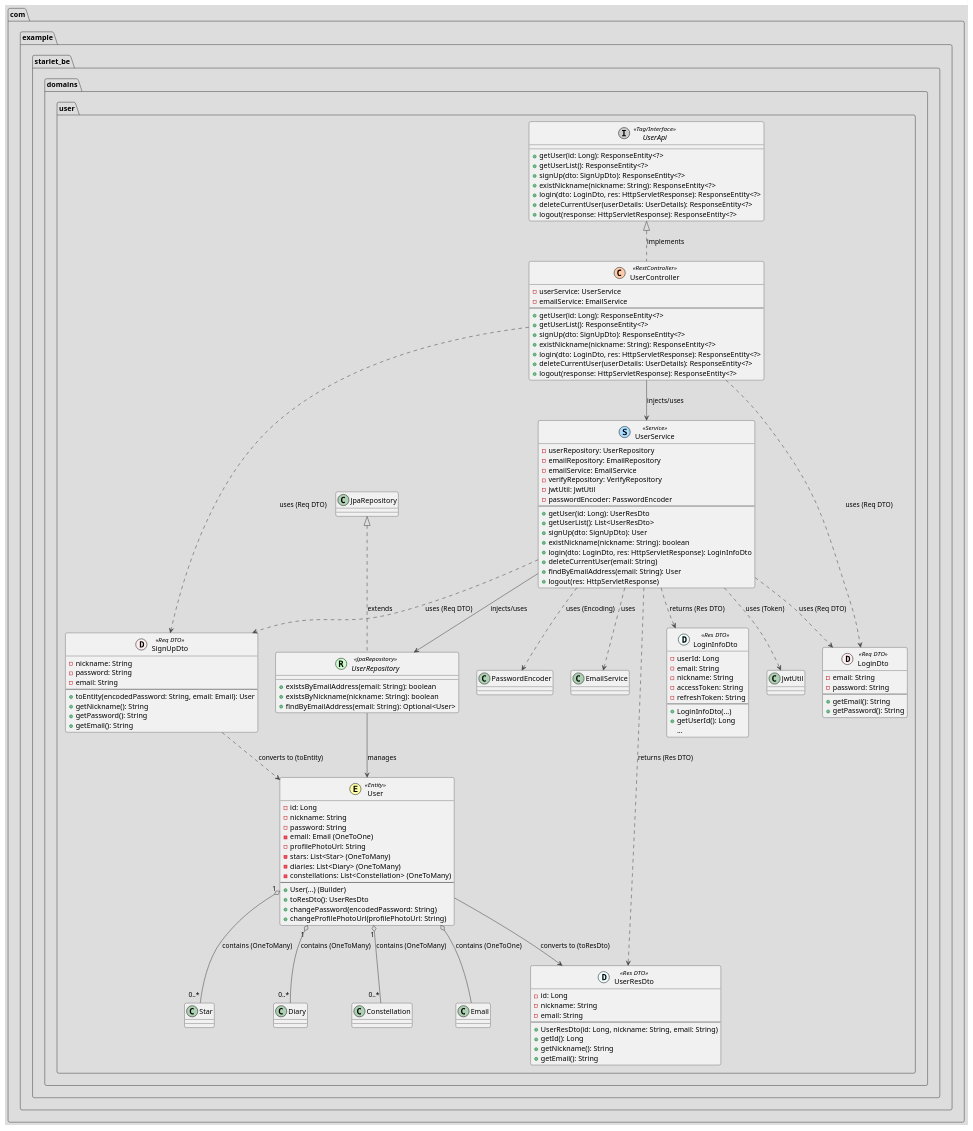
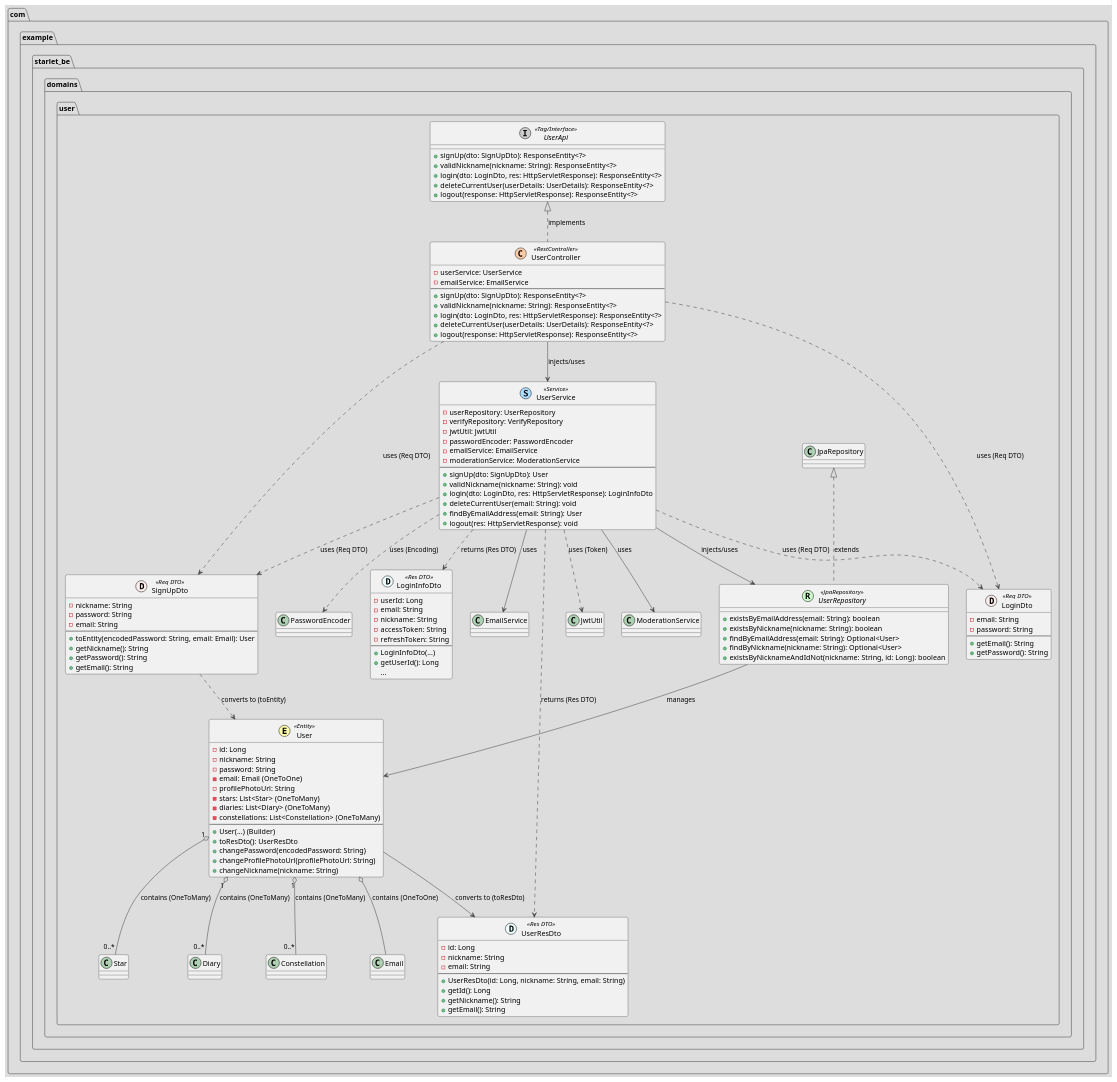
The diagram in SDS/Class Diagram UML/user.puml (2025-YU-SE-Project/Starlet_doc), drawn with PlantUML before and after one commit. The commit also changed 1 other file, not shown here.

Commit message:
edit : user.puml 최신화

```diff
--- a/SDS/Class Diagram UML/user.puml
+++ b/SDS/Class Diagram UML/user.puml
@@ -1,138 +1,136 @@
 @startuml
 !theme toy
 top to bottom direction
 
 package "com.example.starlet_be.domains.user" {
 
     class SignUpDto << (D,#FFEEEE) Req DTO >> {
         - nickname: String
         - password: String
         - email: String
         --
         + toEntity(encodedPassword: String, email: Email): User
         + getNickname(): String
         + getPassword(): String
         + getEmail(): String
     }
 
     class LoginDto << (D,#FFEEEE) Req DTO >> {
         - email: String
         - password: String
         --
         + getEmail(): String
         + getPassword(): String
     }
 
     class UserResDto << (D,#EEFFFF) Res DTO >> {
         - id: Long
         - nickname: String
         - email: String
         --
         + UserResDto(id: Long, nickname: String, email: String)
         + getId(): Long
         + getNickname(): String
         + getEmail(): String
     }
 
     class LoginInfoDto << (D,#EEFFFF) Res DTO >> {
         - userId: Long
         - email: String
         - nickname: String
         - accessToken: String
         - refreshToken: String
         --
         + LoginInfoDto(...)
         + getUserId(): Long
         ...
     }
 
     class User << (E,#FFFFAA) Entity >> {
         - id: Long
         - nickname: String
         - password: String
         - email: Email (OneToOne)
         - profilePhotoUrl: String
         - stars: List<Star> (OneToMany)
         - diaries: List<Diary> (OneToMany)
         - constellations: List<Constellation> (OneToMany)
         --
         + User(...) (Builder)
         + toResDto(): UserResDto
         + changePassword(encodedPassword: String)
         + changeProfilePhotoUrl(profilePhotoUrl: String)
+        + changeNickname(nickname: String)
     }
 
     interface UserRepository << (R,#CCFFCC) JpaRepository >> {
         + existsByEmailAddress(email: String): boolean
         + existsByNickname(nickname: String): boolean
         + findByEmailAddress(email: String): Optional<User>
+        + findByNickname(nickname: String): Optional<User>
+        + existsByNicknameAndIdNot(nickname: String, id: Long): boolean
     }
 
     class UserService << (S,#AADDFF) Service >> {
         - userRepository: UserRepository
-        - emailRepository: EmailRepository
-        - emailService: EmailService
         - verifyRepository: VerifyRepository
         - jwtUtil: JwtUtil
         - passwordEncoder: PasswordEncoder
+        - emailService: EmailService
+        - moderationService: ModerationService
         --
-        + getUser(id: Long): UserResDto
-        + getUserList(): List<UserResDto>
         + signUp(dto: SignUpDto): User
-        + existNickname(nickname: String): boolean
+        + validNickname(nickname: String): void
         + login(dto: LoginDto, res: HttpServletResponse): LoginInfoDto
-        + deleteCurrentUser(email: String)
+        + deleteCurrentUser(email: String): void
         + findByEmailAddress(email: String): User
-        + logout(res: HttpServletResponse)
+        + logout(res: HttpServletResponse): void
     }
 
     interface UserApi << (I,#CCCCCC) Tag/Interface >> {
-        + getUser(id: Long): ResponseEntity<?>
-        + getUserList(): ResponseEntity<?>
         + signUp(dto: SignUpDto): ResponseEntity<?>
-        + existNickname(nickname: String): ResponseEntity<?>
+        + validNickname(nickname: String): ResponseEntity<?>
         + login(dto: LoginDto, res: HttpServletResponse): ResponseEntity<?>
         + deleteCurrentUser(userDetails: UserDetails): ResponseEntity<?>
         + logout(response: HttpServletResponse): ResponseEntity<?>
     }
 
     class UserController << (C,#FFCCAA) RestController >> {
         - userService: UserService
         - emailService: EmailService
         --
-        + getUser(id: Long): ResponseEntity<?>
-        + getUserList(): ResponseEntity<?>
         + signUp(dto: SignUpDto): ResponseEntity<?>
-        + existNickname(nickname: String): ResponseEntity<?>
+        + validNickname(nickname: String): ResponseEntity<?>
         + login(dto: LoginDto, res: HttpServletResponse): ResponseEntity<?>
         + deleteCurrentUser(userDetails: UserDetails): ResponseEntity<?>
         + logout(response: HttpServletResponse): ResponseEntity<?>
     }
 
     UserController .up.|> UserApi : implements
     UserController --> UserService : injects/uses
     UserController ..> SignUpDto : uses (Req DTO)
     UserController ..> LoginDto : uses (Req DTO)
 
     UserService --> UserRepository : injects/uses
     UserService ..> SignUpDto : uses (Req DTO)
     UserService ..> LoginDto : uses (Req DTO)
     UserService ..> LoginInfoDto : returns (Res DTO)
     UserService ..> UserResDto : returns (Res DTO)
+    UserService --> EmailService : uses
+    UserService --> ModerationService : uses
 
     UserRepository .up.|> JpaRepository : extends
     UserRepository --> User : manages
 
     User --> UserResDto : converts to (toResDto)
 
     SignUpDto ..> User : converts to (toEntity)
 
     UserService ..> JwtUtil : uses (Token)
     UserService ..> PasswordEncoder : uses (Encoding)
-    UserService ..> EmailService : uses
     User o-- Email : contains (OneToOne)
     User "1" o-- "0..*" Star : contains (OneToMany)
     User "1" o-- "0..*" Diary : contains (OneToMany)
     User "1" o-- "0..*" Constellation : contains (OneToMany)
 }
 @enduml
```
